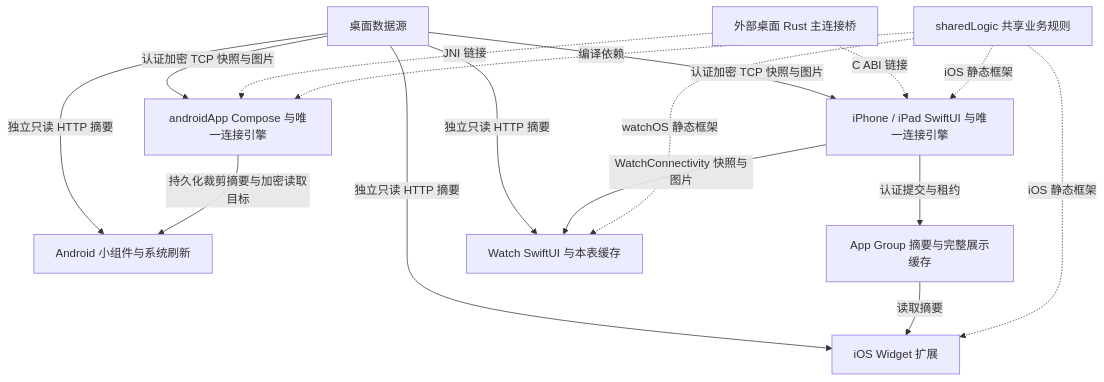
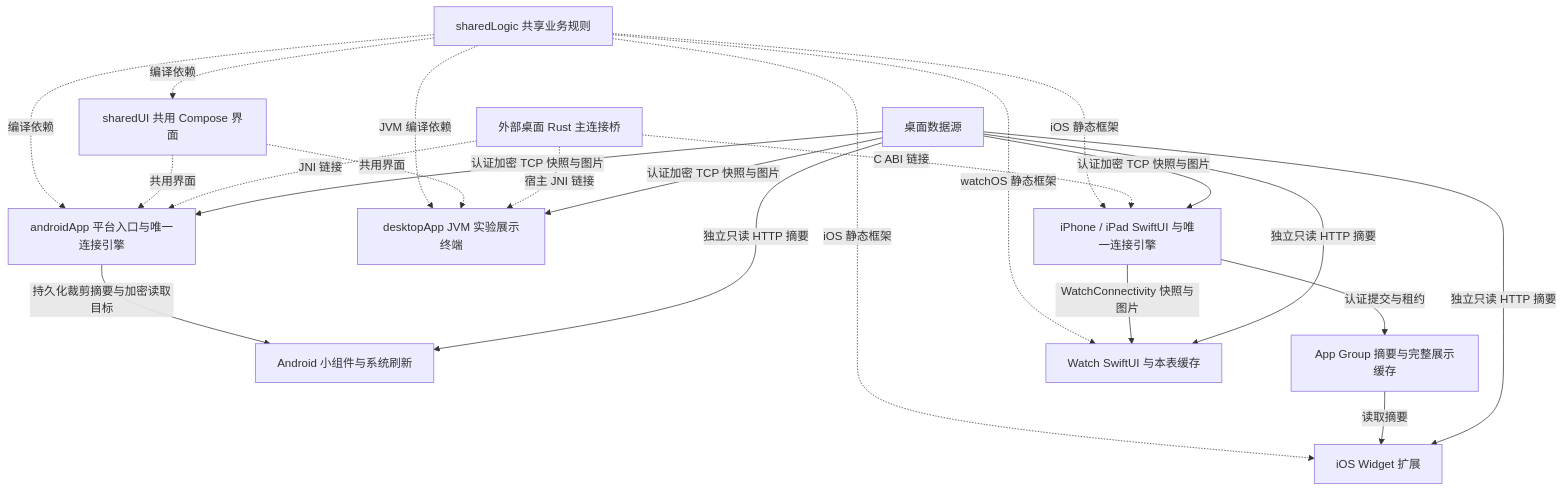
Before and after one commit to ManonLoki/LokiMetisMobileDisplay: the diagram in docs/07-当前架构.md, drawn with Mermaid. The commit also changed other lines of this file and 51 other files, not shown here.

Commit message:
feat(desktop): 实现参照 Android 平板的实验展示终端

````diff
--- a/docs/07-当前架构.md
+++ b/docs/07-当前架构.md
@@ -9,28 +9,36 @@
 ```mermaid
 flowchart TB
     Desktop[桌面数据源]
     Rust[外部桌面 Rust 主连接桥]
     Shared[sharedLogic 共享业务规则]
-    Android[androidApp Compose 与唯一连接引擎]
+    Android[androidApp 平台入口与唯一连接引擎]
+    Display[desktopApp JVM 实验展示终端]
+    UI[sharedUI 共用 Compose 界面]
     IOS[iPhone / iPad SwiftUI 与唯一连接引擎]
     AWidget[Android 小组件与系统刷新]
     Group[App Group 摘要与完整展示缓存]
     IWidget[iOS Widget 扩展]
     Watch[Watch SwiftUI 与本表缓存]
 
     Shared -. 编译依赖 .-> Android
+    Shared -. JVM 编译依赖 .-> Display
+    Shared -. 编译依赖 .-> UI
+    UI -. 共用界面 .-> Android
+    UI -. 共用界面 .-> Display
     Shared -. iOS 静态框架 .-> IOS
     Shared -. iOS 静态框架 .-> IWidget
     Shared -. watchOS 静态框架 .-> Watch
     Rust -. JNI 链接 .-> Android
+    Rust -. 宿主 JNI 链接 .-> Display
     Rust -. C ABI 链接 .-> IOS
     Desktop -->|认证加密 TCP 快照与图片| Android
+    Desktop -->|认证加密 TCP 快照与图片| Display
     Desktop -->|认证加密 TCP 快照与图片| IOS
     Android -->|持久化裁剪摘要与加密读取目标| AWidget
     IOS -->|认证提交与租约| Group
     Group -->|读取摘要| IWidget
     IOS -->|WatchConnectivity 快照与图片| Watch
     Desktop -->|独立只读 HTTP 摘要| AWidget
     Desktop -->|独立只读 HTTP 摘要| IWidget
     Desktop -->|独立只读 HTTP 摘要| Watch
 ```
````
